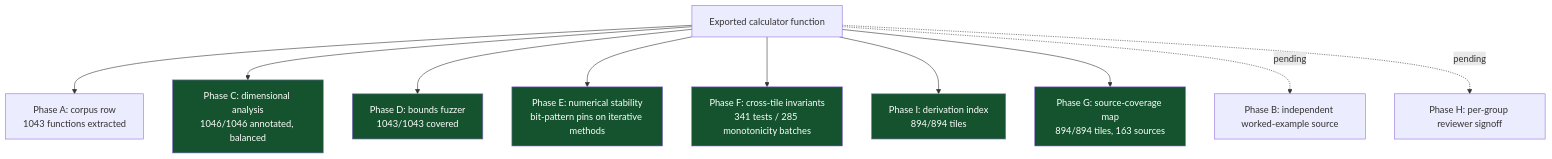
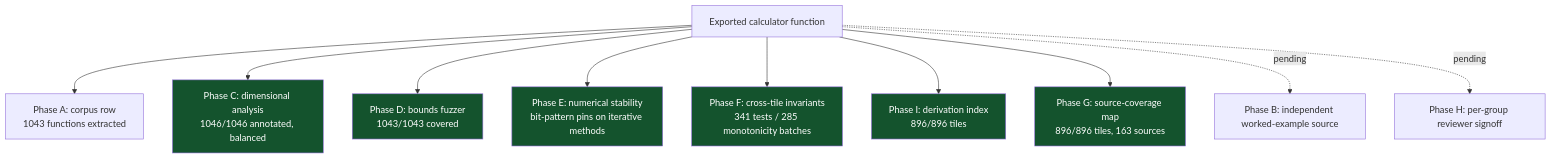
The sixth of 8 diagrams in README.md (clay-good/roughlogic.com), drawn with Mermaid before and after one commit. The commit also changed other lines of this file and 18 other files, not shown here.

````diff
--- a/README.md
+++ b/README.md
@@ -519,18 +519,18 @@
 ```mermaid
 flowchart TB
     F[Exported calculator function] --> A[Phase A: corpus row\n1043 functions extracted]
     F --> C[Phase C: dimensional analysis\n1046/1046 annotated, balanced]
     F --> D[Phase D: bounds fuzzer\n1043/1043 covered]
     F --> E[Phase E: numerical stability\nbit-pattern pins on iterative methods]
     F --> Fa[Phase F: cross-tile invariants\n341 tests / 285 monotonicity batches]
-    F --> I[Phase I: derivation index\n894/894 tiles]
-    F --> G[Phase G: source-coverage map\n894/894 tiles, 163 sources]
+    F --> I[Phase I: derivation index\n896/896 tiles]
+    F --> G[Phase G: source-coverage map\n896/896 tiles, 163 sources]
     F -.pending.-> B[Phase B: independent worked-example source]
     F -.pending.-> H[Phase H: per-group reviewer signoff]
     style C fill:#14532d,color:#fff
     style D fill:#14532d,color:#fff
     style E fill:#14532d,color:#fff
     style Fa fill:#14532d,color:#fff
     style G fill:#14532d,color:#fff
     style I fill:#14532d,color:#fff
 ```
````
